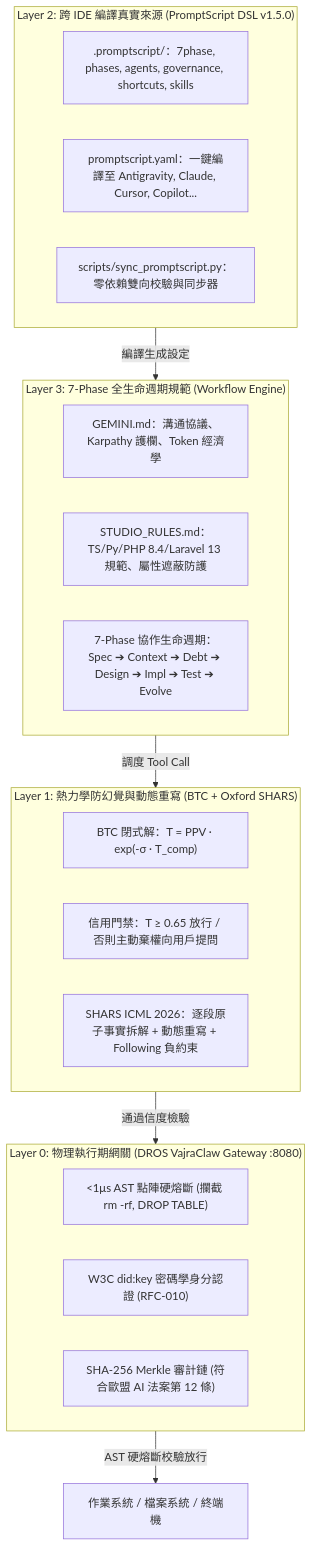
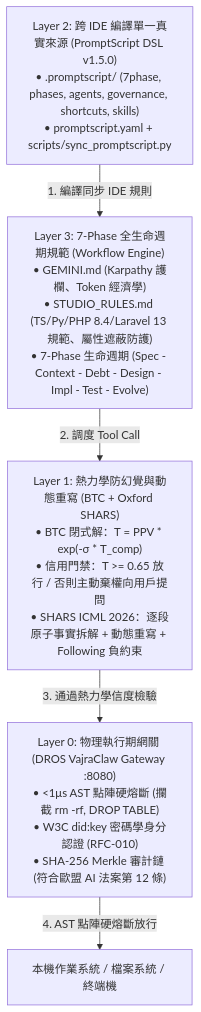
One commit to PingpowerTW/7-Phase-Agentic-Workflow changed the first of 6 diagrams in README.md. Above: the diagram before and after it, drawn with Mermaid. The commit also changed other lines of this file and 1 other file, not shown here.

Commit message:
fix(mermaid): resolve GitHub rich display error 'Could not find a suitable point for the given distance' by replacing compound subgraph edges with standard node-to-node layout

````diff
--- a/README.md
+++ b/README.md
@@ -33,31 +33,13 @@
 ```mermaid
-graph TD
-    subgraph LAYER0 ["Layer 0: 物理執行期網關 (DROS VajraClaw Gateway :8080)"]
-        D1["<1μs AST 點陣硬熔斷 (攔截 rm -rf, DROP TABLE)"]
-        D2["W3C did:key 密碼學身分認證 (RFC-010)"]
-        D3["SHA-256 Merkle 審計鏈 (符合歐盟 AI 法案第 12 條)"]
-    end
+flowchart TD
+    L2["Layer 2: 跨 IDE 編譯單一真實來源 (PromptScript DSL v1.5.0)<br/>• .promptscript/ (7phase, phases, agents, governance, shortcuts, skills)<br/>• promptscript.yaml + scripts/sync_promptscript.py"]
+    L3["Layer 3: 7-Phase 全生命週期規範 (Workflow Engine)<br/>• GEMINI.md (Karpathy 護欄、Token 經濟學)<br/>• STUDIO_RULES.md (TS/Py/PHP 8.4/Laravel 13 規範、屬性遮蔽防護)<br/>• 7-Phase 生命週期 (Spec - Context - Debt - Design - Impl - Test - Evolve)"]
+    L1["Layer 1: 熱力學防幻覺與動態重寫 (BTC + Oxford SHARS)<br/>• BTC 閉式解：T = PPV * exp(-σ * T_comp)<br/>• 信用門禁：T &gt;= 0.65 放行 / 否則主動棄權向用戶提問<br/>• SHARS ICML 2026：逐段原子事實拆解 + 動態重寫 + Following 負約束"]
+    L0["Layer 0: 物理執行期網關 (DROS VajraClaw Gateway :8080)<br/>• &lt;1μs AST 點陣硬熔斷 (攔截 rm -rf, DROP TABLE)<br/>• W3C did:key 密碼學身分認證 (RFC-010)<br/>• SHA-256 Merkle 審計鏈 (符合歐盟 AI 法案第 12 條)"]
+    OS["本機作業系統 / 檔案系統 / 終端機"]
 
-    subgraph LAYER1 ["Layer 1: 熱力學防幻覺與動態重寫 (BTC + Oxford SHARS)"]
-        B1["BTC 閉式解：T = PPV · exp(-σ · T_comp)"]
-        B2["信用門禁：T ≥ 0.65 放行 / 否則主動棄權向用戶提問"]
-        B3["SHARS ICML 2026：逐段原子事實拆解 + 動態重寫 + Following 負約束"]
-    end
-
-    subgraph LAYER2 ["Layer 2: 跨 IDE 編譯真實來源 (PromptScript DSL v1.5.0)"]
-        S1[".promptscript/：7phase, phases, agents, governance, shortcuts, skills"]
-        S2["promptscript.yaml：一鍵編譯至 Antigravity, Claude, Cursor, Copilot..."]
-        S3["scripts/sync_promptscript.py：零依賴雙向校驗與同步器"]
-    end
-
-    subgraph LAYER3 ["Layer 3: 7-Phase 全生命週期規範 (Workflow Engine)"]
-        G1["GEMINI.md：溝通協議、Karpathy 護欄、Token 經濟學"]
-        G2["STUDIO_RULES.md：TS/Py/PHP 8.4/Laravel 13 規範、屬性遮蔽防護"]
-        G3["7-Phase 協作生命週期：Spec ➔ Context ➔ Debt ➔ Design ➔ Impl ➔ Test ➔ Evolve"]
-    end
-
-    LAYER2 -->|"編譯生成設定"| LAYER3
-    LAYER3 -->|"調度 Tool Call"| LAYER1
-    LAYER1 -->|"通過信度檢驗"| LAYER0
-    LAYER0 -->|"AST 硬熔斷校驗放行"| OS["作業系統 / 檔案系統 / 終端機"]
+    L2 -->|"1. 編譯同步 IDE 規則"| L3
+    L3 -->|"2. 調度 Tool Call"| L1
+    L1 -->|"3. 通過熱力學信度檢驗"| L0
+    L0 -->|"4. AST 點陣硬熔斷放行"| OS
 ```
````
